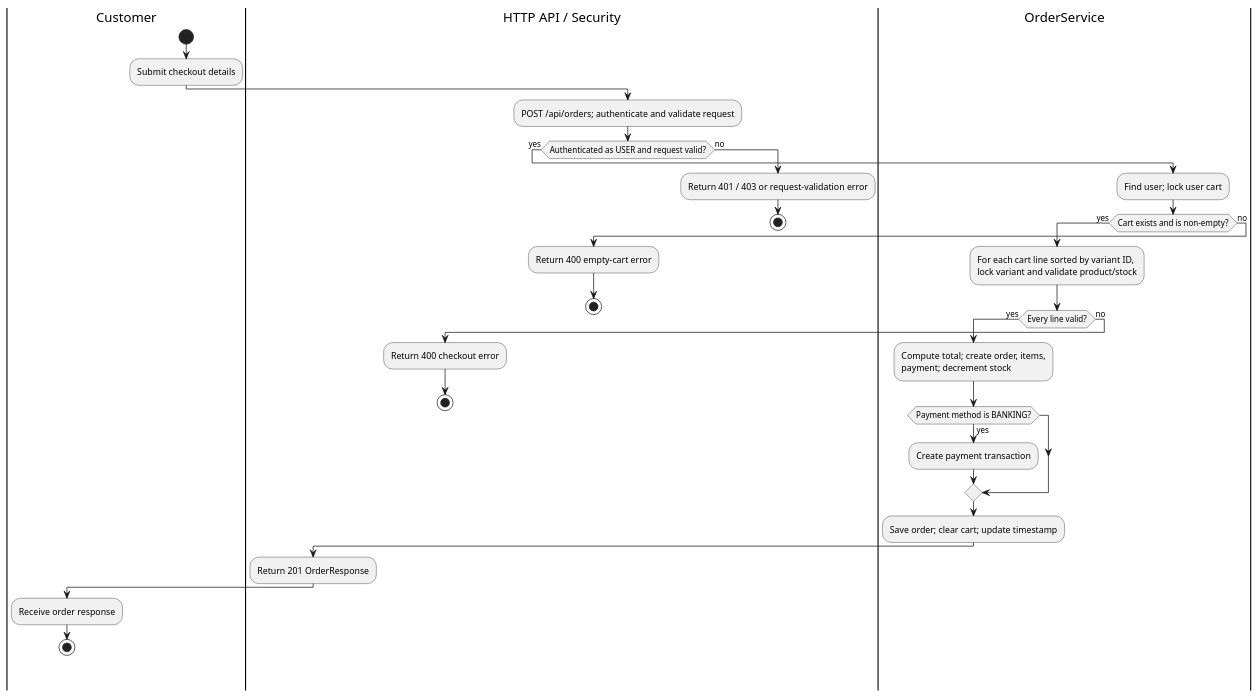
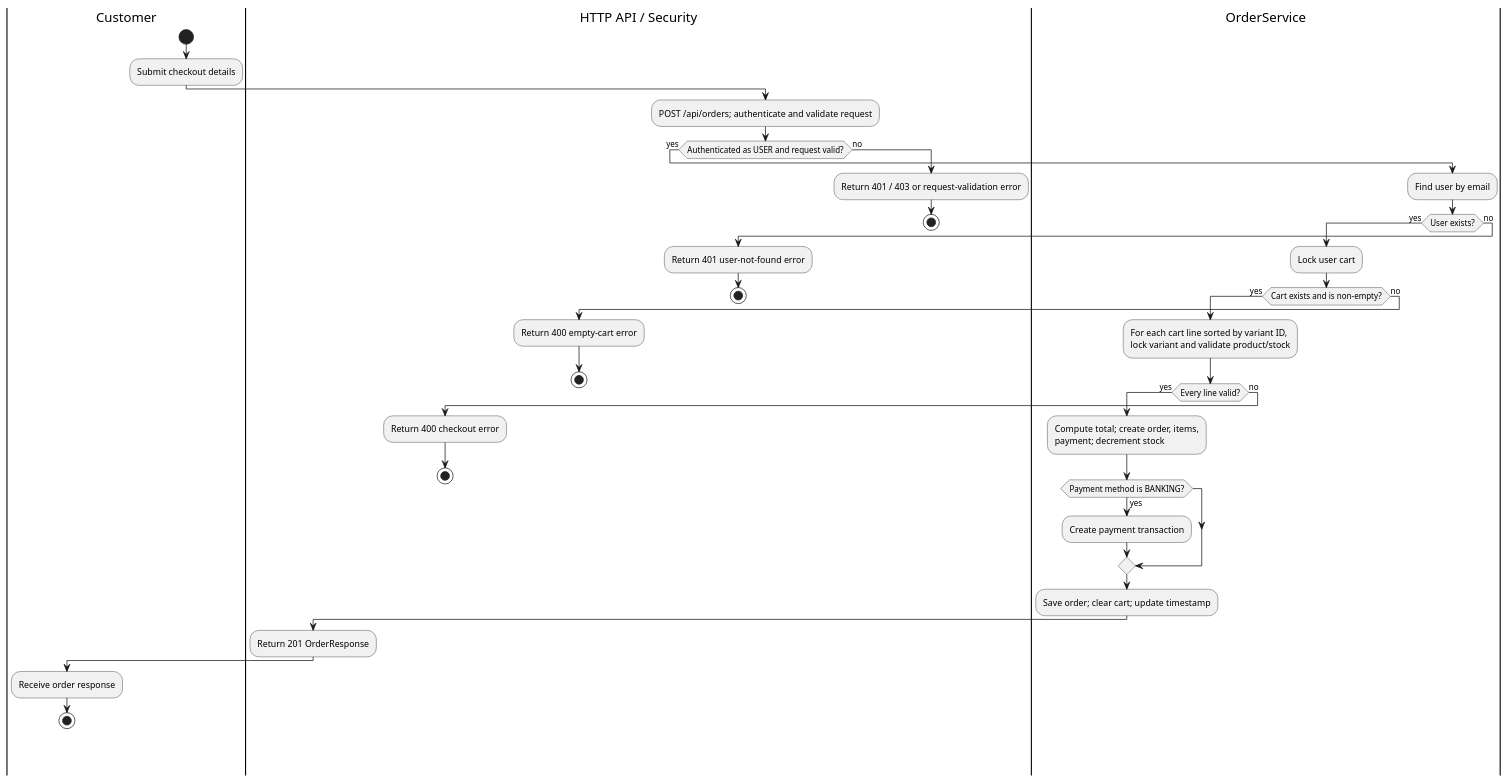
The diagram in docs/software-design/diagrams/activity-checkout.puml (NguyenQuangDiep12/HeThongBanQuanAo), drawn with PlantUML before and after one commit. The commit also changed 37 other files, not shown here.

```diff
--- a/docs/software-design/diagrams/activity-checkout.puml
+++ b/docs/software-design/diagrams/activity-checkout.puml
@@ -1,39 +1,46 @@
 @startuml
 |Customer|
 start
 :Submit checkout details;
 |HTTP API / Security|
 :POST /api/orders; authenticate and validate request;
 if (Authenticated as USER and request valid?) then (yes)
   |OrderService|
-  :Find user; lock user cart;
-  if (Cart exists and is non-empty?) then (yes)
-    :For each cart line sorted by variant ID,
-    lock variant and validate product/stock;
-    if (Every line valid?) then (yes)
-      :Compute total; create order, items,
-      payment; decrement stock;
-      if (Payment method is BANKING?) then (yes)
-        :Create payment transaction;
+  :Find user by email;
+  if (User exists?) then (yes)
+    :Lock user cart;
+    if (Cart exists and is non-empty?) then (yes)
+      :For each cart line sorted by variant ID,
+      lock variant and validate product/stock;
+      if (Every line valid?) then (yes)
+        :Compute total; create order, items,
+        payment; decrement stock;
+        if (Payment method is BANKING?) then (yes)
+          :Create payment transaction;
+        endif
+        :Save order; clear cart; update timestamp;
+        |HTTP API / Security|
+        :Return 201 OrderResponse;
+        |Customer|
+        :Receive order response;
+        stop
+      else (no)
+        |HTTP API / Security|
+        :Return 400 checkout error;
+        stop
       endif
-      :Save order; clear cart; update timestamp;
-      |HTTP API / Security|
-      :Return 201 OrderResponse;
-      |Customer|
-      :Receive order response;
-      stop
     else (no)
       |HTTP API / Security|
-      :Return 400 checkout error;
+      :Return 400 empty-cart error;
       stop
     endif
   else (no)
     |HTTP API / Security|
-    :Return 400 empty-cart error;
+    :Return 401 user-not-found error;
     stop
   endif
 else (no)
   :Return 401 / 403 or request-validation error;
   stop
 endif
 @enduml
```
